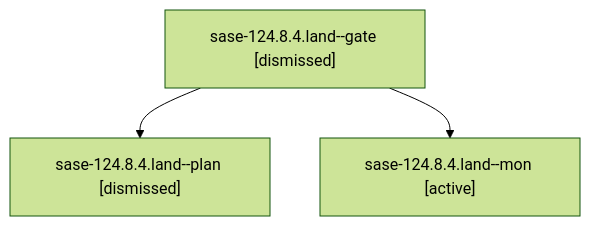
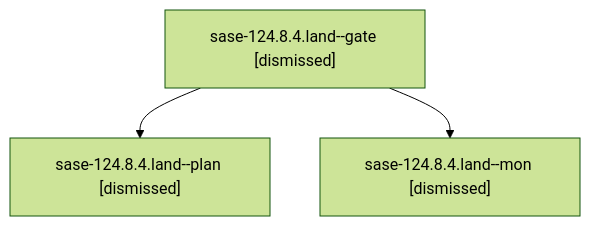
Before and after one commit to sase-org/sase--agents: the diagram in sessions/bbugyi200.athena.sase-124.8.4.land.md, drawn with Mermaid (forest theme). The commit also changed other lines of this file and 198 other files, not shown here.

````diff
--- a/sessions/bbugyi200.athena.sase-124.8.4.land.md
+++ b/sessions/bbugyi200.athena.sase-124.8.4.land.md
@@ -9,8 +9,8 @@
 ```mermaid
 flowchart TD
   n0["sase-124.8.4.land--gate [dismissed]"]
   n1["sase-124.8.4.land--plan [dismissed]"]
   n0 --> n1
-  n2["sase-124.8.4.land--mon [active]"]
+  n2["sase-124.8.4.land--mon [dismissed]"]
   n0 --> n2
 ```
````
